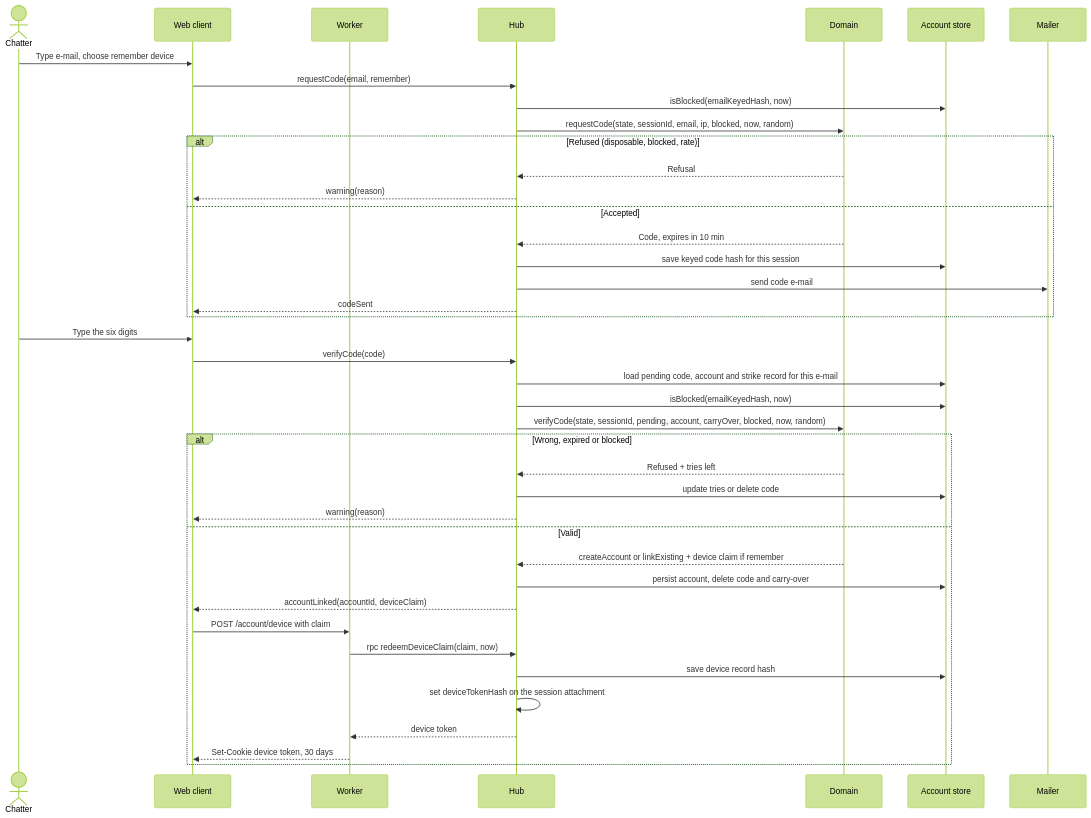
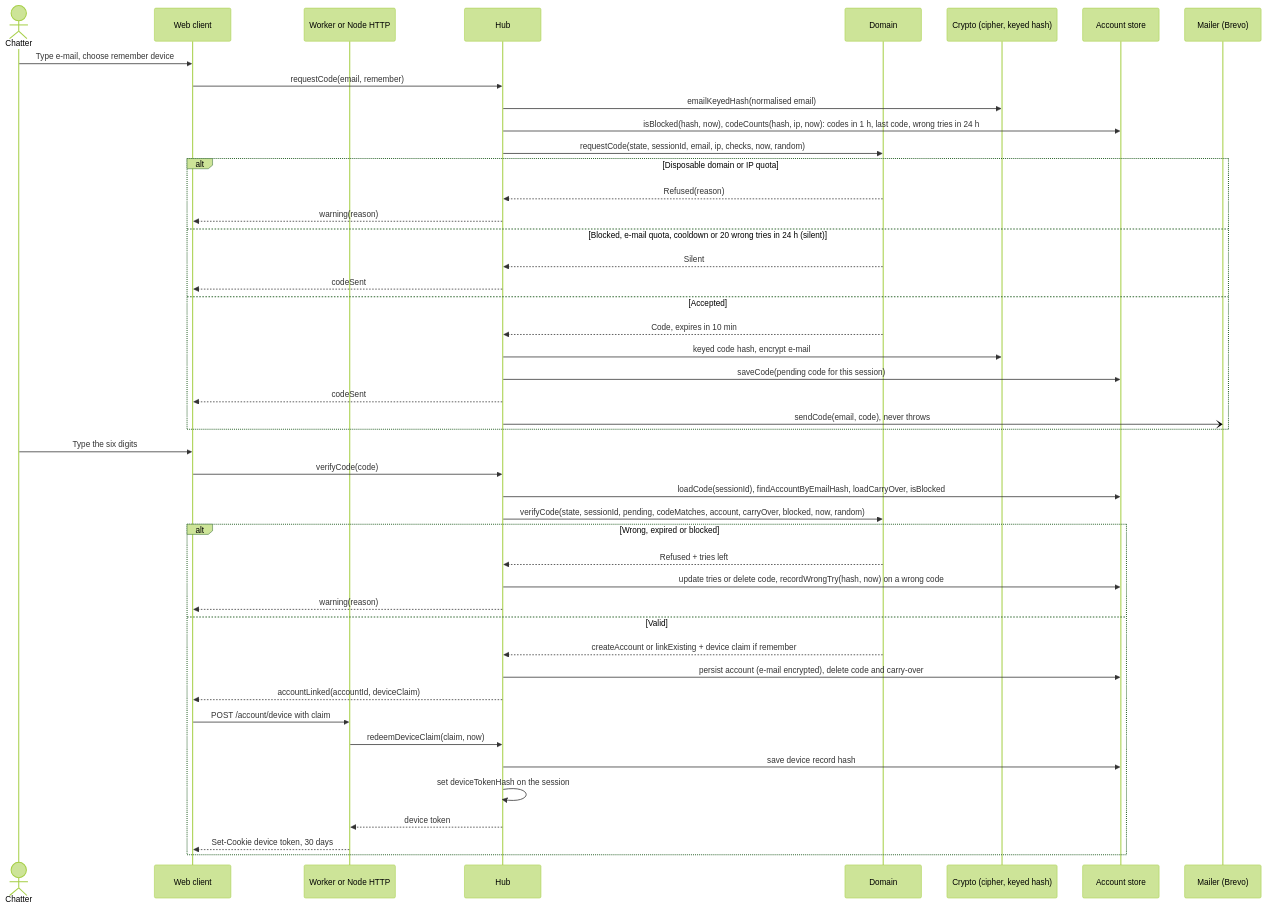
The diagram in docs/architecture/diagrams/accounts/02-sequence-sign-in-with-code.md (benoit-bremaud/asv), drawn with Mermaid (forest theme) before and after one commit. The commit also changed other lines of this file and 63 other files, not shown here.

First line of the commit message:
feat(accounts): brick 5 — e-mail code sign-in, device cookie, encryption at rest (#33)

````diff
--- a/docs/architecture/diagrams/accounts/02-sequence-sign-in-with-code.md
+++ b/docs/architecture/diagrams/accounts/02-sequence-sign-in-with-code.md
@@ -15,43 +15,48 @@
 ```mermaid
 sequenceDiagram
   actor C as Chatter
   participant W as Web client
-  participant WK as Worker
+  participant WK as Worker or Node HTTP
   participant H as Hub
   participant D as Domain
+  participant K as Crypto (cipher, keyed hash)
   participant AS as Account store
-  participant ML as Mailer
+  participant ML as Mailer (Brevo)
   C->>W: Type e-mail, choose remember device
   W->>H: requestCode(email, remember)
-  H->>AS: isBlocked(emailKeyedHash, now)
-  H->>D: requestCode(state, sessionId, email, ip, blocked, now, random)
-  alt Refused (disposable, blocked, rate)
-    D-->>H: Refusal
+  H->>K: emailKeyedHash(normalised email)
+  H->>AS: isBlocked(hash, now), codeCounts(hash, ip, now): codes in 1 h, last code, wrong tries in 24 h
+  H->>D: requestCode(state, sessionId, email, ip, checks, now, random)
+  alt Disposable domain or IP quota
+    D-->>H: Refused(reason)
     H-->>W: warning(reason)
+  else Blocked, e-mail quota, cooldown or 20 wrong tries in 24 h (silent)
+    D-->>H: Silent
+    H-->>W: codeSent
   else Accepted
     D-->>H: Code, expires in 10 min
-    H->>AS: save keyed code hash for this session
-    H->>ML: send code e-mail
+    H->>K: keyed code hash, encrypt e-mail
+    H->>AS: saveCode(pending code for this session)
     H-->>W: codeSent
+    H-)ML: sendCode(email, code), never throws
   end
   C->>W: Type the six digits
   W->>H: verifyCode(code)
-  H->>AS: load pending code, account and strike record for this e-mail
-  H->>AS: isBlocked(emailKeyedHash, now)
-  H->>D: verifyCode(state, sessionId, pending, account, carryOver, blocked, now, random)
+  H->>AS: loadCode(sessionId), findAccountByEmailHash, loadCarryOver, isBlocked
+  H->>D: verifyCode(state, sessionId, pending, codeMatches, account, carryOver, blocked, now, random)
   alt Wrong, expired or blocked
     D-->>H: Refused + tries left
-    H->>AS: update tries or delete code
+    H->>AS: update tries or delete code, recordWrongTry(hash, now) on a wrong code
     H-->>W: warning(reason)
   else Valid
     D-->>H: createAccount or linkExisting + device claim if remember
-    H->>AS: persist account, delete code and carry-over
+    H->>AS: persist account (e-mail encrypted), delete code and carry-over
     H-->>W: accountLinked(accountId, deviceClaim)
     W->>WK: POST /account/device with claim
-    WK->>H: rpc redeemDeviceClaim(claim, now)
+    WK->>H: redeemDeviceClaim(claim, now)
     H->>AS: save device record hash
-    H->>H: set deviceTokenHash on the session attachment
+    H->>H: set deviceTokenHash on the session
     H-->>WK: device token
     WK-->>W: Set-Cookie device token, 30 days
   end
 ```
````
